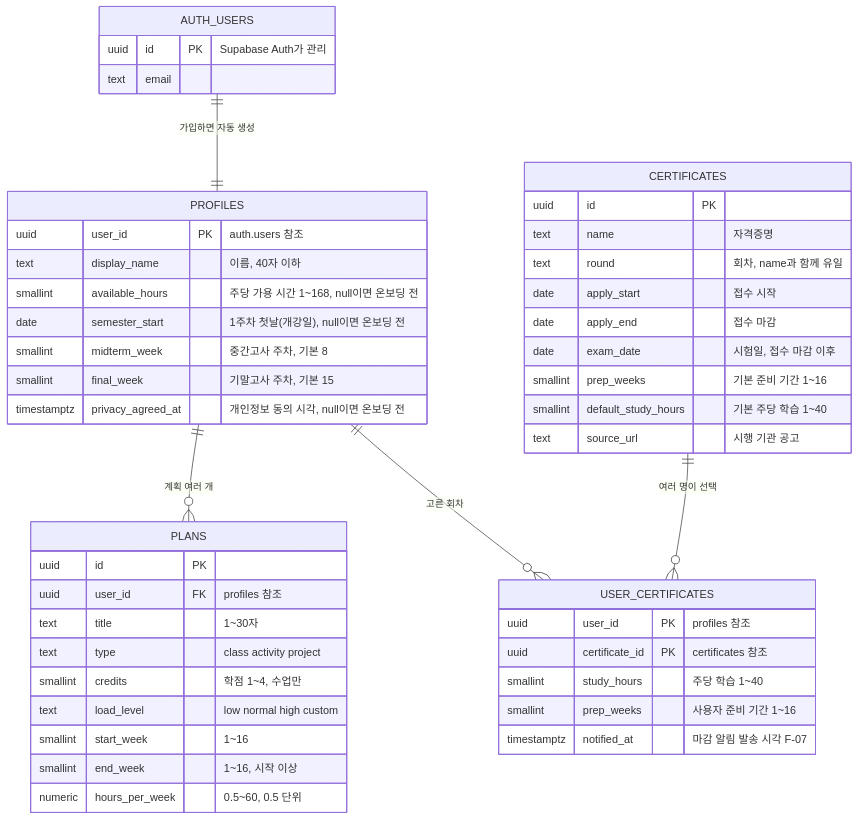
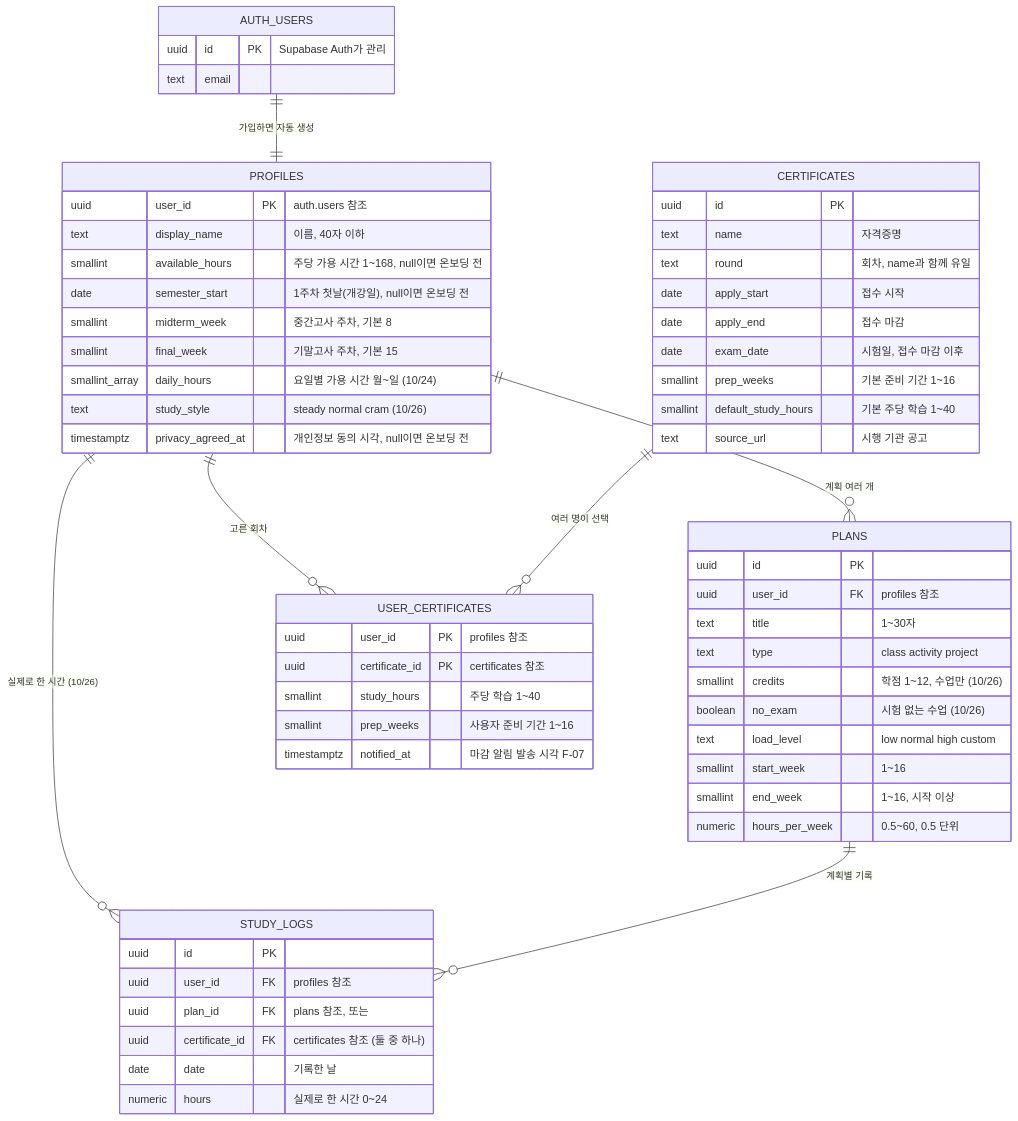
One commit to Yeboseyo-team/YBSY-BACKEND changed the first of 2 diagrams in docs/ARCHITECTURE.md. Above: the diagram before and after it, drawn with Mermaid. The commit also changed other lines of this file and 24 other files, not shown here.

````diff
--- a/docs/ARCHITECTURE.md
+++ b/docs/ARCHITECTURE.md
@@ -7,49 +7,62 @@
 ```mermaid
 erDiagram
   AUTH_USERS ||--|| PROFILES : "가입하면 자동 생성"
   PROFILES ||--o{ PLANS : "계획 여러 개"
   PROFILES ||--o{ USER_CERTIFICATES : "고른 회차"
   CERTIFICATES ||--o{ USER_CERTIFICATES : "여러 명이 선택"
+  PROFILES ||--o{ STUDY_LOGS : "실제로 한 시간 (10/26)"
+  PLANS ||--o{ STUDY_LOGS : "계획별 기록"
   AUTH_USERS {
     uuid id PK "Supabase Auth가 관리"
     text email
   }
   PROFILES {
     uuid user_id PK "auth.users 참조"
     text display_name "이름, 40자 이하"
     smallint available_hours "주당 가용 시간 1~168, null이면 온보딩 전"
     date semester_start "1주차 첫날(개강일), null이면 온보딩 전"
     smallint midterm_week "중간고사 주차, 기본 8"
     smallint final_week "기말고사 주차, 기본 15"
+    smallint_array daily_hours "요일별 가용 시간 월~일 (10/24)"
+    text study_style "steady normal cram (10/26)"
     timestamptz privacy_agreed_at "개인정보 동의 시각, null이면 온보딩 전"
   }
   PLANS {
     uuid id PK
     uuid user_id FK "profiles 참조"
     text title "1~30자"
     text type "class activity project"
-    smallint credits "학점 1~4, 수업만"
+    smallint credits "학점 1~12, 수업만 (10/26)"
+    boolean no_exam "시험 없는 수업 (10/26)"
     text load_level "low normal high custom"
     smallint start_week "1~16"
     smallint end_week "1~16, 시작 이상"
     numeric hours_per_week "0.5~60, 0.5 단위"
   }
   CERTIFICATES {
     uuid id PK
     text name "자격증명"
     text round "회차, name과 함께 유일"
     date apply_start "접수 시작"
     date apply_end "접수 마감"
     date exam_date "시험일, 접수 마감 이후"
     smallint prep_weeks "기본 준비 기간 1~16"
     smallint default_study_hours "기본 주당 학습 1~40"
     text source_url "시행 기관 공고"
   }
   USER_CERTIFICATES {
     uuid user_id PK "profiles 참조"
     uuid certificate_id PK "certificates 참조"
     smallint study_hours "주당 학습 1~40"
     smallint prep_weeks "사용자 준비 기간 1~16"
     timestamptz notified_at "마감 알림 발송 시각 F-07"
   }
+  STUDY_LOGS {
+    uuid id PK
+    uuid user_id FK "profiles 참조"
+    uuid plan_id FK "plans 참조, 또는"
+    uuid certificate_id FK "certificates 참조 (둘 중 하나)"
+    date date "기록한 날"
+    numeric hours "실제로 한 시간 0~24"
+  }
 ```
````
